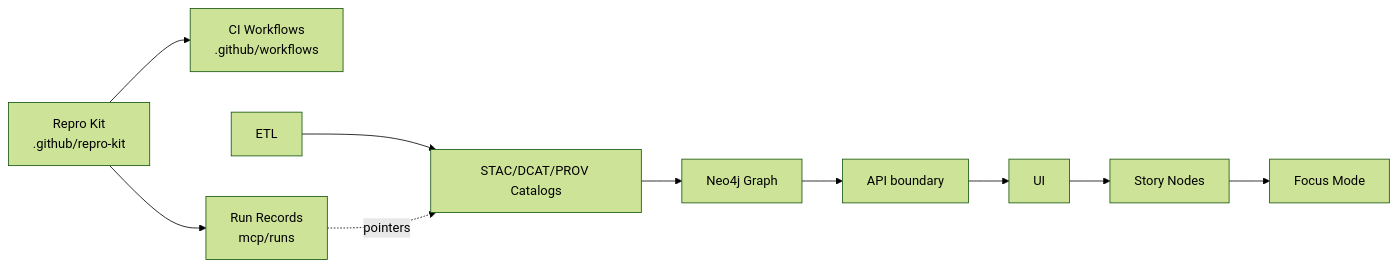
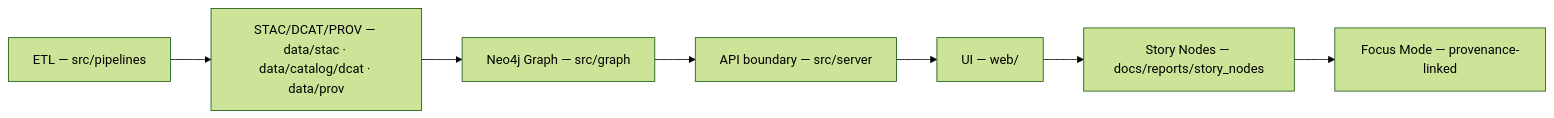
One commit to bartytime4life/Kansas-Frontier-Matrix changed the first of 2 diagrams in .github/repro-kit/README.md. Above: the diagram before and after it, drawn with Mermaid (forest theme). The commit also changed other lines of this file, not shown here.

```diff
--- a/.github/repro-kit/README.md
+++ b/.github/repro-kit/README.md
@@ -225,14 +170,9 @@
 ~~~mermaid
 flowchart LR
-  RK[Repro Kit<br/>.github/repro-kit] --> CI[CI Workflows<br/>.github/workflows]
-  RK --> RUNS[Run Records<br/>mcp/runs]
-
-  ETL[ETL] --> CATS[STAC/DCAT/PROV Catalogs]
-  CATS --> GRAPH[Neo4j Graph]
-  GRAPH --> API[API boundary]
-  API --> UI[UI]
-  UI --> SN[Story Nodes]
-  SN --> FM[Focus Mode]
-
-  RUNS -. pointers .-> CATS
+  A["ETL — src/pipelines"] --> B["STAC/DCAT/PROV — data/stac · data/catalog/dcat · data/prov"]
+  B --> C["Neo4j Graph — src/graph"]
+  C --> D["API boundary — src/server"]
+  D --> E["UI — web/"]
+  E --> F["Story Nodes — docs/reports/story_nodes"]
+  F --> G["Focus Mode — provenance-linked"]
 ~~~
```
